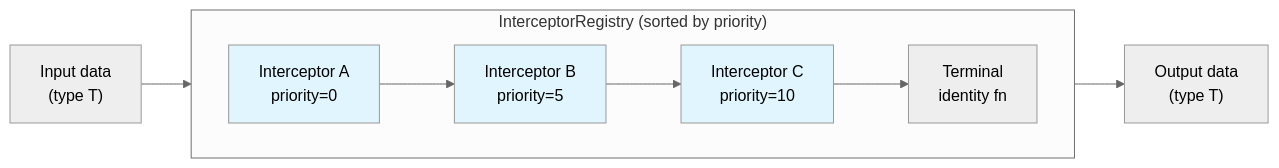
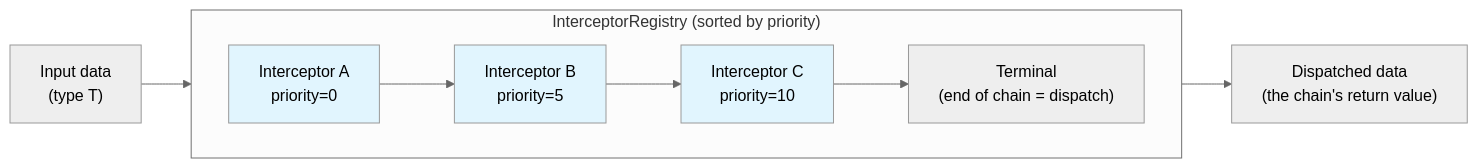
Before and after one commit to coreywaldon/synapse: the seventh of 7 diagrams in arch/README.md, drawn with Mermaid (neutral theme). The commit also changed other lines of this file and 14 other files, not shown here.

````diff
--- a/arch/README.md
+++ b/arch/README.md
@@ -1453,17 +1507,17 @@
 ```mermaid
 flowchart LR
     DATA["Input data<br/>(type T)"] --> R1
 
     subgraph Pipeline ["InterceptorRegistry (sorted by priority)"]
         direction LR
         R1["Interceptor A<br/>priority=0"] --> R2["Interceptor B<br/>priority=5"]
         R2 --> R3["Interceptor C<br/>priority=10"]
-        R3 --> TERM["Terminal<br/>identity fn"]
+        R3 --> TERM["Terminal<br/>(end of chain = dispatch)"]
     end
 
-    TERM --> OUT["Output data<br/>(type T)"]
+    TERM --> OUT["Dispatched data<br/>(the chain's return value)"]
 
     style R1 fill:#e1f5fe
     style R2 fill:#e1f5fe
     style R3 fill:#e1f5fe
 ```
````
